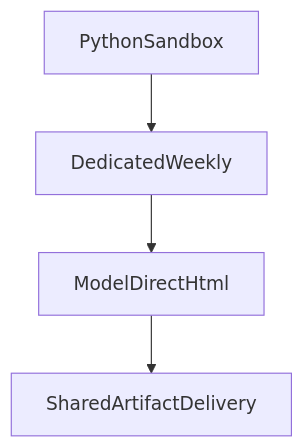
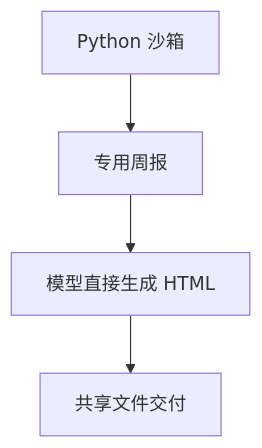
Before and after one commit to hpoenixf/eff-agent-article: the fourth of 4 diagrams in articles/agent-html-evolution-challenges.md, drawn with Mermaid. The commit also changed other lines of this file and 52 other files, not shown here.

Commit message:
docs: localize diagrams and clarify flagship guides

````diff
--- a/articles/agent-html-evolution-challenges.md
+++ b/articles/agent-html-evolution-challenges.md
@@ -103,6 +103,6 @@
 ```mermaid
 graph TD
-PythonSandbox --> DedicatedWeekly
-DedicatedWeekly --> ModelDirectHtml
-ModelDirectHtml --> SharedArtifactDelivery
+PythonSandbox["Python 沙箱"] --> DedicatedWeekly["专用周报"]
+DedicatedWeekly --> ModelDirectHtml["模型直接生成 HTML"]
+ModelDirectHtml --> SharedArtifactDelivery["共享文件交付"]
 ```
````
